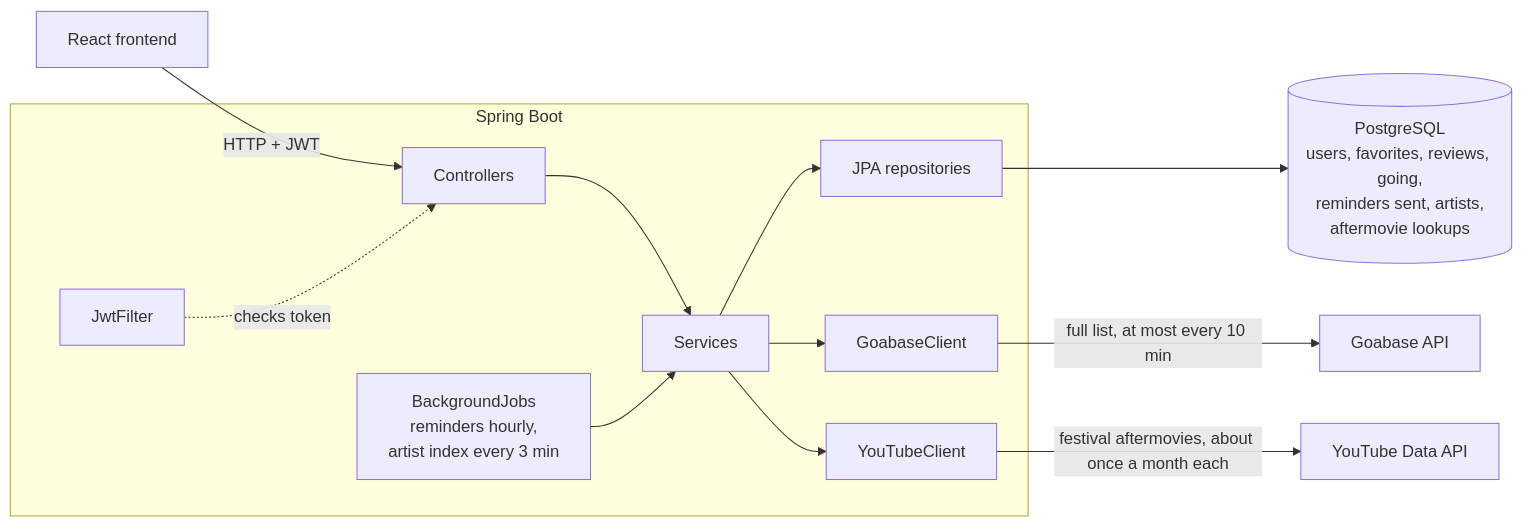
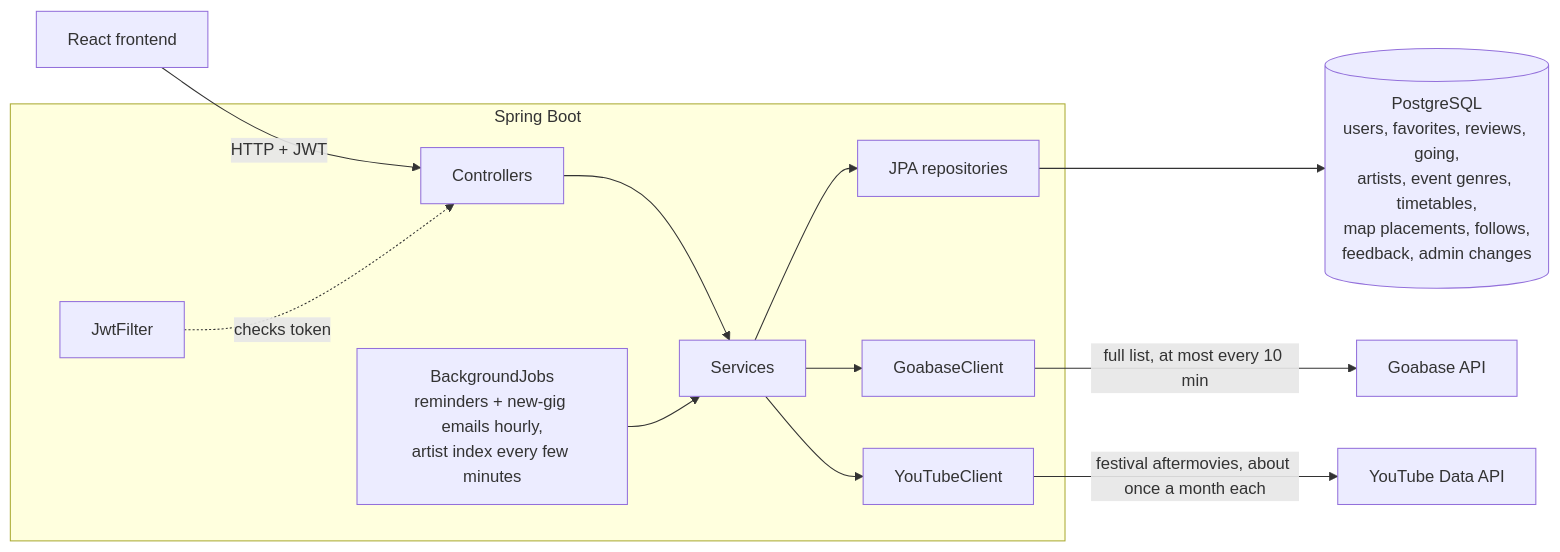
One commit to Peconjii/psytrance-tracker-backend changed the diagram in README.md. Above: the diagram before and after it, drawn with Mermaid. The commit also changed other lines of this file and 1 other file, not shown here.

First line of the commit message:
Update the README for Map of Psy

````diff
--- a/README.md
+++ b/README.md
@@ -32,17 +32,17 @@
 ```mermaid
 flowchart LR
     UI[React frontend] -->|HTTP + JWT| C
 
     subgraph Spring Boot
         C[Controllers] --> S[Services]
         S --> R[JPA repositories]
         S --> G[GoabaseClient]
         S --> Y[YouTubeClient]
         F[JwtFilter] -.checks token.-> C
-        J[BackgroundJobs<br/>reminders hourly,<br/>artist index every 3 min] --> S
+        J[BackgroundJobs<br/>reminders + new-gig emails hourly,<br/>artist index every few minutes] --> S
     end
 
-    R --> DB[(PostgreSQL<br/>users, favorites, reviews, going,<br/>reminders sent, artists,<br/>aftermovie lookups)]
+    R --> DB[(PostgreSQL<br/>users, favorites, reviews, going,<br/>artists, event genres, timetables,<br/>map placements, follows,<br/>feedback, admin changes)]
     G -->|full list, at most every 10 min| GA[Goabase API]
     Y -->|festival aftermovies, about once a month each| YT[YouTube Data API]
 ```
````
